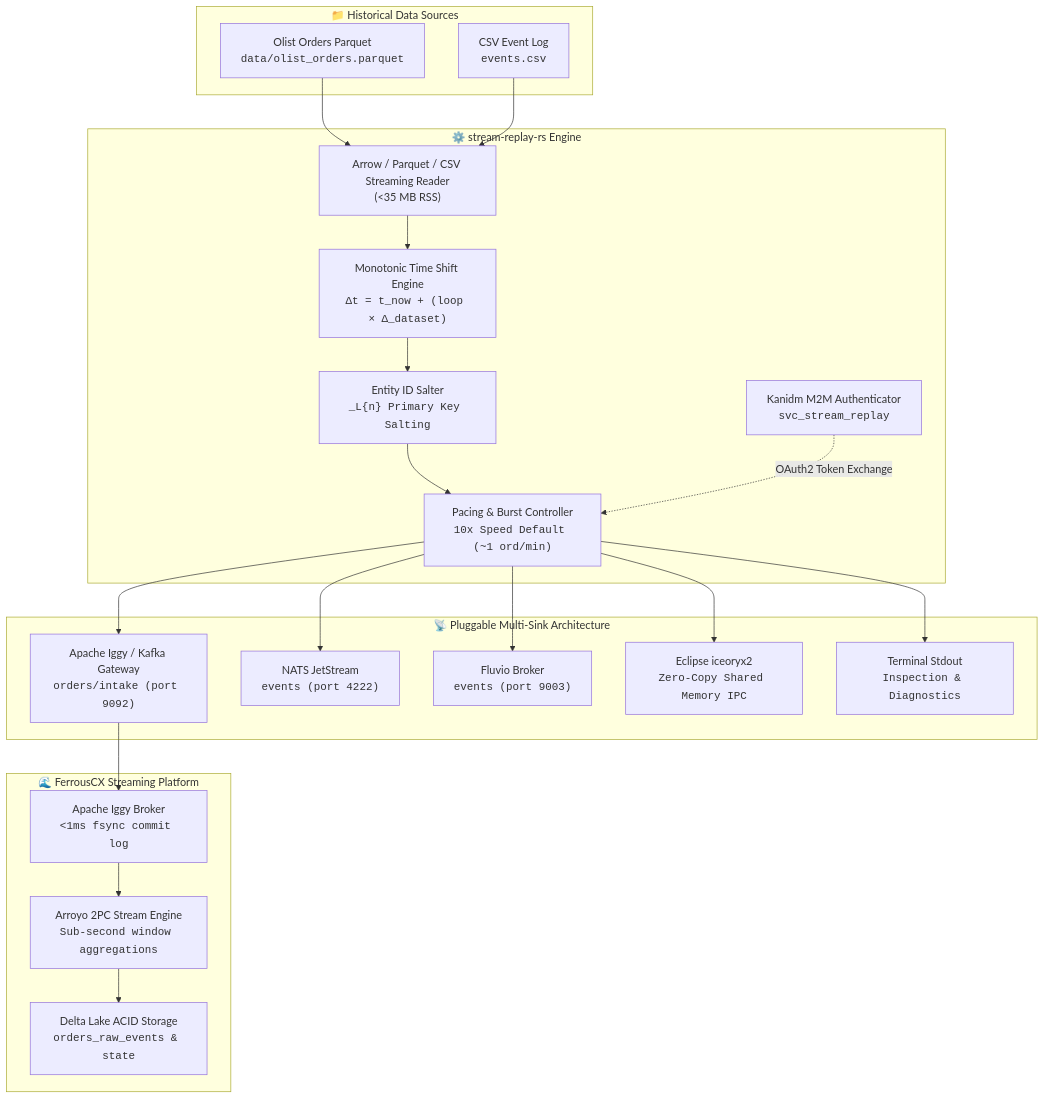
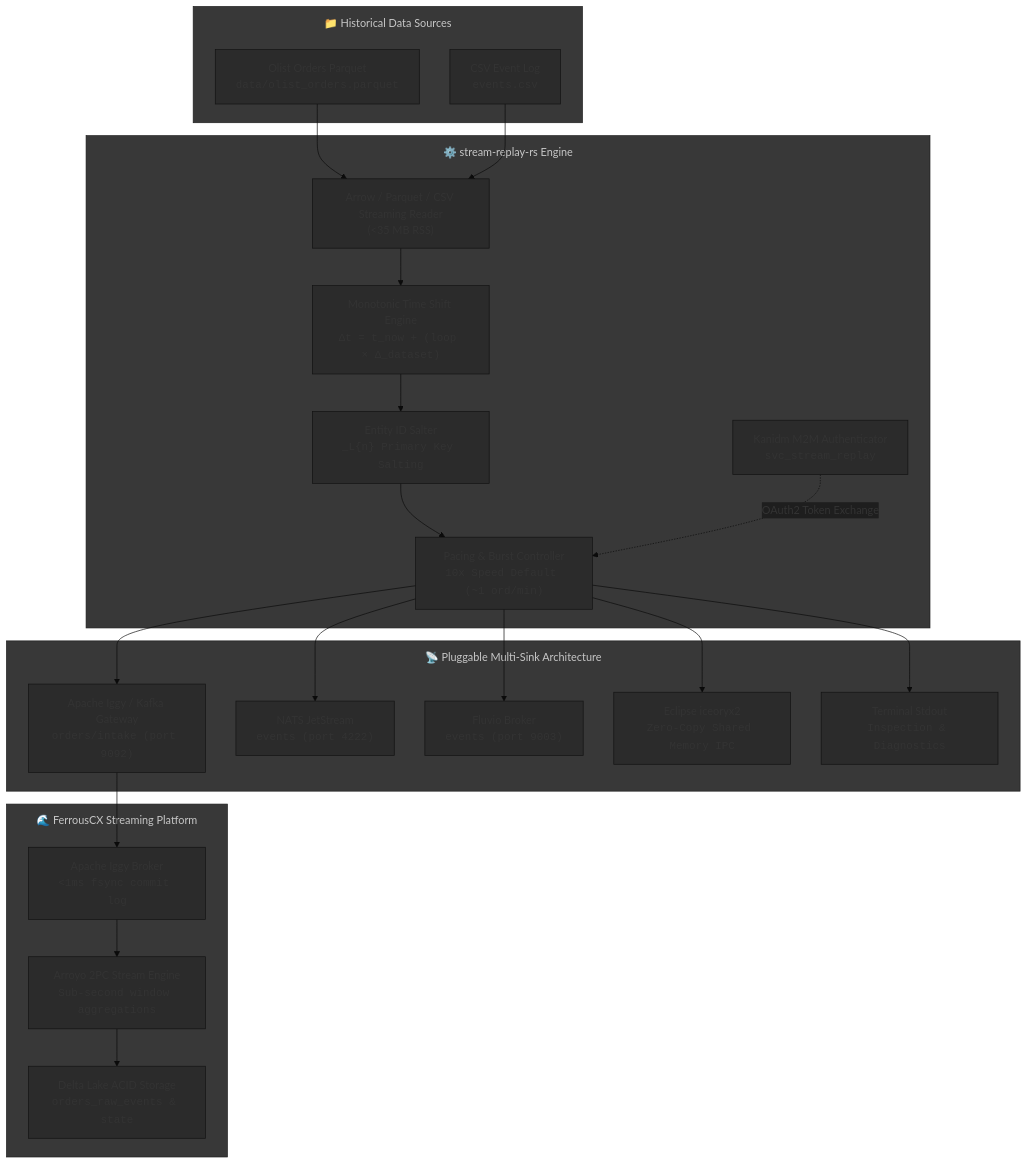
One commit to reidlai/stream-replay-rs changed the diagram in README.md. Above: the diagram before and after it, drawn with Mermaid. The commit also changed other lines of this file and 1 other file, not shown here.

````diff
--- a/README.md
+++ b/README.md
@@ -16,46 +16,58 @@
 ```mermaid
+%%{init: {
+  'theme': 'base',
+  'themeVariables': {
+    'primaryColor': '#2b2b2b',
+    'edgeLabelBackground': '#1e1e1e'
+  },
+  'flowchart': {
+    'subGraphTitleMargin': { 'top': 12, 'bottom': 24 },
+    'nodeSpacing': 45,
+    'rankSpacing': 55
+  }
+}}%%
 flowchart TD
     subgraph Data Sources ["📁 Historical Data Sources"]
         Parquet["Olist Orders Parquet<br/><code>data/olist_orders.parquet</code>"]
         CSV["CSV Event Log<br/><code>events.csv</code>"]
     end
 
     subgraph Core Engine ["⚙️ stream-replay-rs Engine"]
         Reader["Arrow / Parquet / CSV Streaming Reader<br/>(&lt;35 MB RSS)"]
         TimeEngine["Monotonic Time Shift Engine<br/><code>Δt = t_now + (loop × Δ_dataset)</code>"]
         Salter["Entity ID Salter<br/><code>_L{n} Primary Key Salting</code>"]
         RatePacer["Pacing &amp; Burst Controller<br/><code>10x Speed Default (~1 ord/min)</code>"]
         Auth["Kanidm M2M Authenticator<br/><code>svc_stream_replay</code>"]
     end
 
     subgraph Pluggable Sinks ["📡 Pluggable Multi-Sink Architecture"]
         KafkaSink["Apache Iggy / Kafka Gateway<br/><code>orders/intake (port 9092)</code>"]
         NATSSink["NATS JetStream<br/><code>events (port 4222)</code>"]
         FluvioSink["Fluvio Broker<br/><code>events (port 9003)</code>"]
         IceoryxSink["Eclipse iceoryx2<br/><code>Zero-Copy Shared Memory IPC</code>"]
         StdoutSink["Terminal Stdout<br/><code>Inspection &amp; Diagnostics</code>"]
     end
 
     subgraph Downstream Ecosystem ["🌊 FerrousCX Streaming Platform"]
         IggyBroker["Apache Iggy Broker<br/><code>&lt;1ms fsync commit log</code>"]
         Arroyo["Arroyo 2PC Stream Engine<br/><code>Sub-second window aggregations</code>"]
         DeltaLake["Delta Lake ACID Storage<br/><code>orders_raw_events &amp; state</code>"]
     end
 
     Parquet --> Reader
     CSV --> Reader
     Reader --> TimeEngine
     TimeEngine --> Salter
     Salter --> RatePacer
     Auth -.->|"OAuth2 Token Exchange"| RatePacer
 
     RatePacer --> KafkaSink
     RatePacer --> NATSSink
     RatePacer --> FluvioSink
     RatePacer --> IceoryxSink
     RatePacer --> StdoutSink
 
     KafkaSink --> IggyBroker
     IggyBroker --> Arroyo
     Arroyo --> DeltaLake
 ```
````
